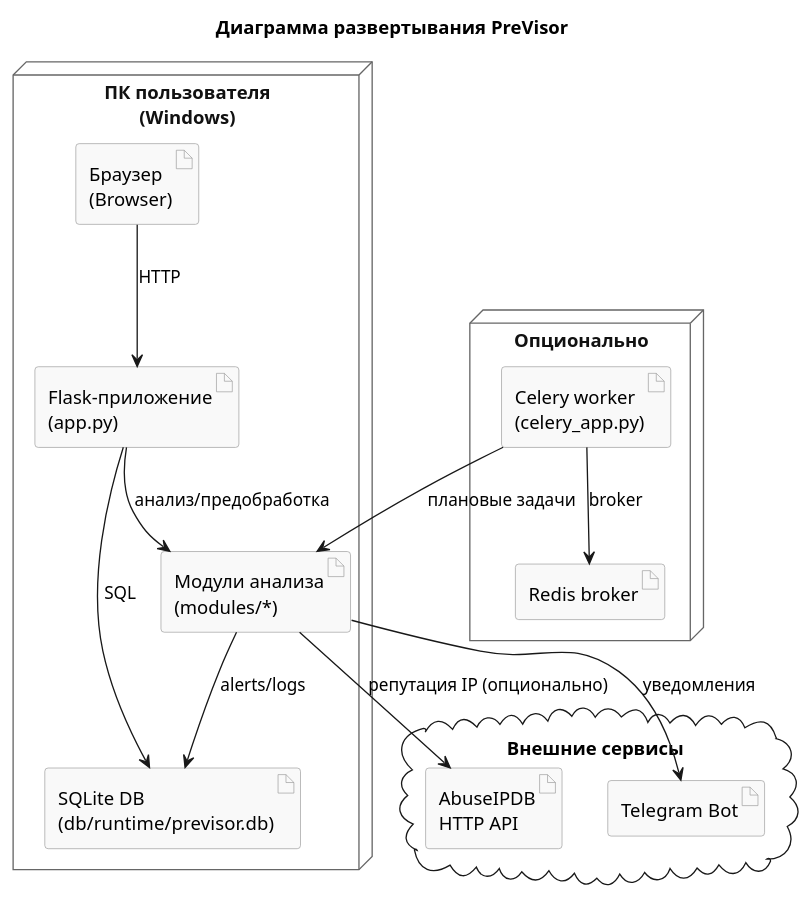
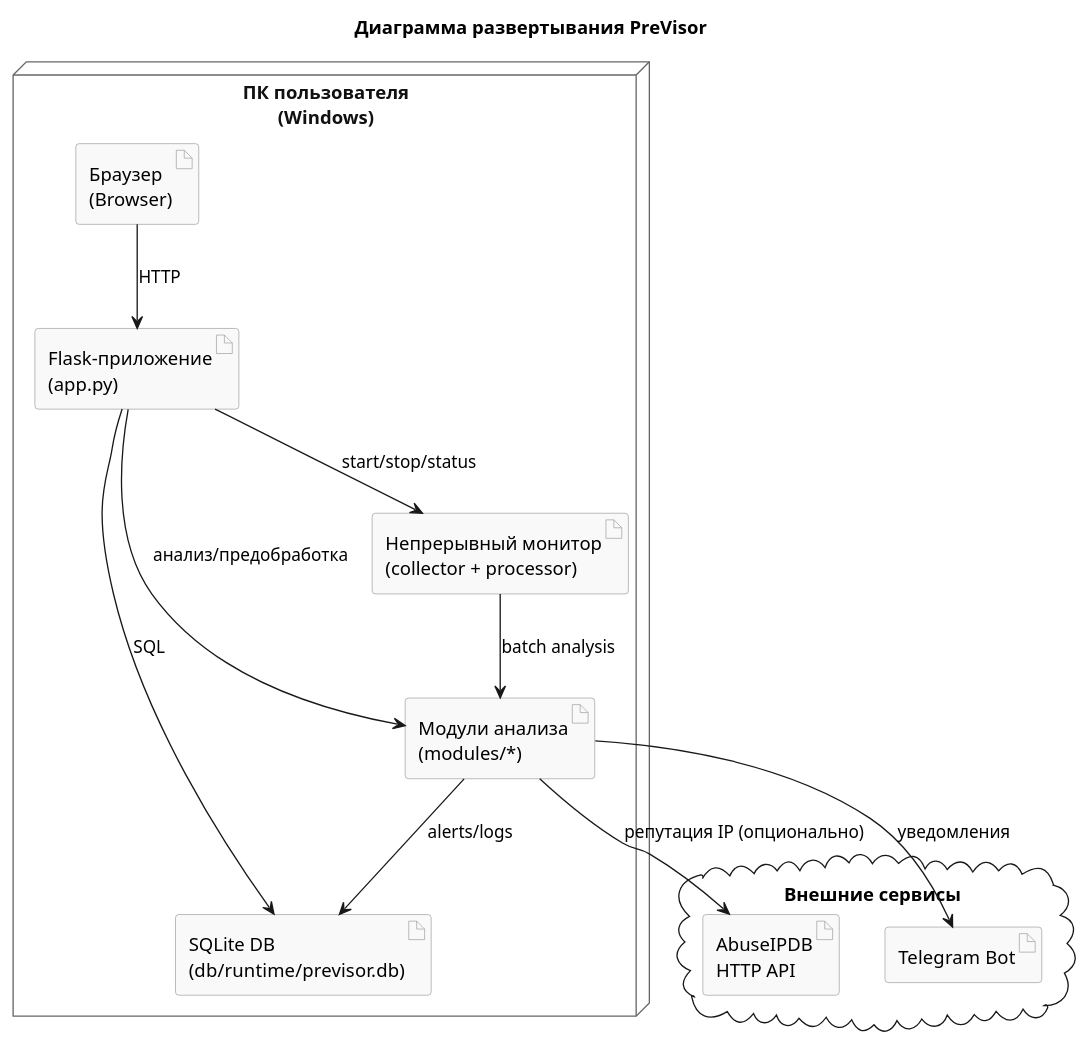
One commit to k00000tek/previsor changed the diagram in static/previsor_deployment_diagram.puml. Above: the diagram before and after it, drawn with PlantUML. The commit also changed 38 other files, not shown here.

```diff
--- a/static/previsor_deployment_diagram.puml
+++ b/static/previsor_deployment_diagram.puml
@@ -1,42 +1,37 @@
 @startuml
 title Диаграмма развертывания PreVisor
 
 skinparam node {
   BackgroundColor White
   BorderColor #666
   FontColor #111
 }
 
 skinparam artifact {
   BackgroundColor #F9F9F9
   BorderColor #999
 }
 
 node "ПК пользователя\n(Windows)" as Client {
     artifact "Браузер\n(Browser)" as Browser
     artifact "Flask-приложение\n(app.py)" as FlaskApp
+    artifact "Непрерывный монитор\n(collector + processor)" as Monitor
     artifact "Модули анализа\n(modules/*)" as AnalyzerMods
     artifact "SQLite DB\n(db/runtime/previsor.db)" as DB
-}
-
-node "Опционально" as Optional {
-    artifact "Celery worker\n(celery_app.py)" as CeleryApp
-    artifact "Redis broker" as Redis
 }
 
 cloud "Внешние сервисы" as Cloud {
     artifact "AbuseIPDB\nHTTP API" as TI
     artifact "Telegram Bot" as Notif
 }
 
 Browser --> FlaskApp : HTTP
+FlaskApp --> Monitor : start/stop/status
 FlaskApp --> AnalyzerMods : анализ/предобработка
+Monitor --> AnalyzerMods : batch analysis
 FlaskApp --> DB : SQL
 AnalyzerMods --> DB : alerts/logs
 AnalyzerMods --> TI : репутация IP (опционально)
 AnalyzerMods --> Notif : уведомления
 
-CeleryApp --> Redis : broker
-CeleryApp --> AnalyzerMods : плановые задачи
-
 @enduml
```
